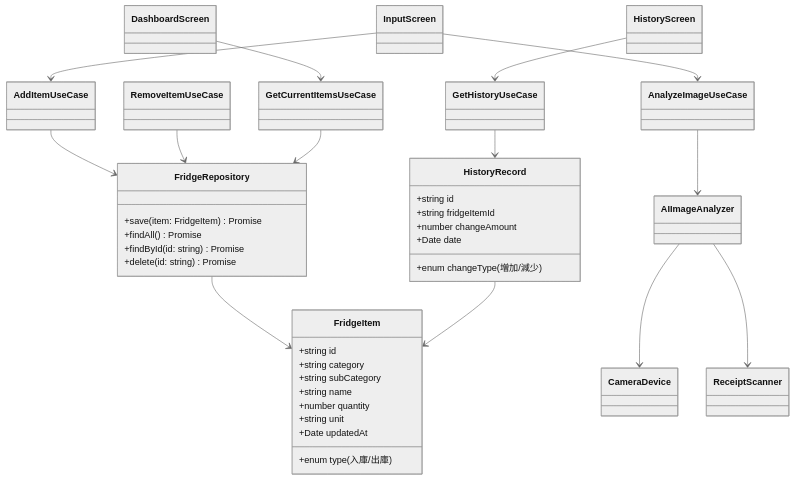
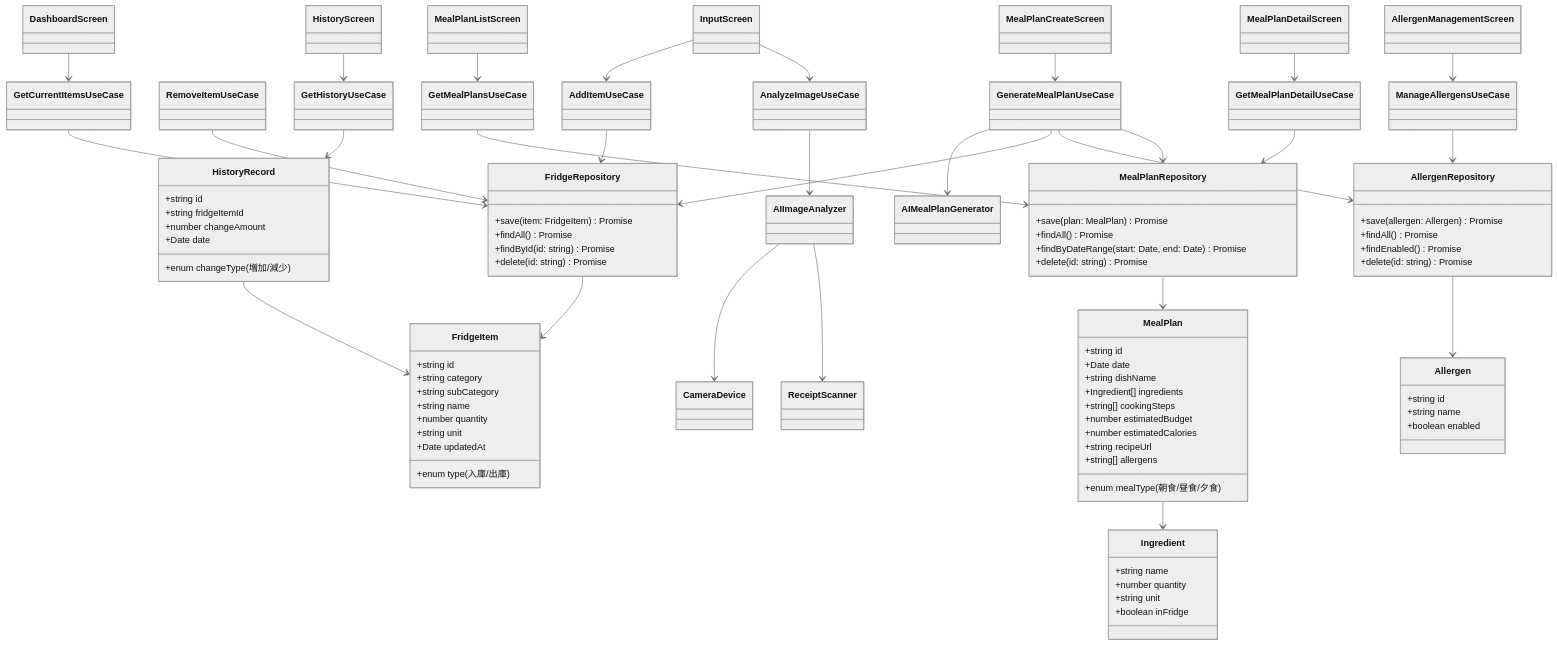
Before and after one commit to to-matsui0505/IntegratedMealPlanning: the first of 2 diagrams in CopilotInstructions/ApplicationBasicDesign.md, drawn with Mermaid (neutral theme). The commit also changed other lines of this file and 24 other files, not shown here.

Commit message:
Add meal planning features with AI integration, allergen management, and budget/calorie tracking

````diff
--- a/CopilotInstructions/ApplicationBasicDesign.md
+++ b/CopilotInstructions/ApplicationBasicDesign.md
@@ -77,10 +121,50 @@
       +Date date
     }
 
+    class MealPlan {
+      +string id
+      +Date date
+      +enum mealType (朝食/昼食/夕食)
+      +string dishName
+      +Ingredient[] ingredients
+      +string[] cookingSteps
+      +number estimatedBudget
+      +number estimatedCalories
+      +string recipeUrl
+      +string[] allergens
+    }
+
+    class Ingredient {
+      +string name
+      +number quantity
+      +string unit
+      +boolean inFridge
+    }
+
+    class Allergen {
+      +string id
+      +string name
+      +boolean enabled
+    }
+
     class FridgeRepository {
       +save(item: FridgeItem) Promise<void>
       +findAll() Promise<FridgeItem[]>
       +findById(id: string) Promise<FridgeItem | null>
+      +delete(id: string) Promise<void>
+    }
+
+    class MealPlanRepository {
+      +save(plan: MealPlan) Promise<void>
+      +findAll() Promise<MealPlan[]>
+      +findByDateRange(start: Date, end: Date) Promise<MealPlan[]>
+      +delete(id: string) Promise<void>
+    }
+
+    class AllergenRepository {
+      +save(allergen: Allergen) Promise<void>
+      +findAll() Promise<Allergen[]>
+      +findEnabled() Promise<Allergen[]>
       +delete(id: string) Promise<void>
     }
 
@@ -89,7 +173,12 @@
     class GetCurrentItemsUseCase
     class GetHistoryUseCase
     class AnalyzeImageUseCase
+    class GenerateMealPlanUseCase
+    class GetMealPlansUseCase
+    class GetMealPlanDetailUseCase
+    class ManageAllergensUseCase
 
+    class AIMealPlanGenerator
     class AIImageAnalyzer
     class CameraDevice
     class ReceiptScanner
@@ -97,18 +186,36 @@
     class DashboardScreen
     class InputScreen
     class HistoryScreen
+    class MealPlanCreateScreen
+    class MealPlanListScreen
+    class MealPlanDetailScreen
+    class AllergenManagementScreen
 
+    MealPlan --> Ingredient
     FridgeRepository --> FridgeItem
+    MealPlanRepository --> MealPlan
+    AllergenRepository --> Allergen
     HistoryRecord --> FridgeItem
     AddItemUseCase --> FridgeRepository
     RemoveItemUseCase --> FridgeRepository
     GetCurrentItemsUseCase --> FridgeRepository
     GetHistoryUseCase --> HistoryRecord
     AnalyzeImageUseCase --> AIImageAnalyzer
+    GenerateMealPlanUseCase --> AIMealPlanGenerator
+    GenerateMealPlanUseCase --> FridgeRepository
+    GenerateMealPlanUseCase --> AllergenRepository
+    GenerateMealPlanUseCase --> MealPlanRepository
+    GetMealPlansUseCase --> MealPlanRepository
+    GetMealPlanDetailUseCase --> MealPlanRepository
+    ManageAllergensUseCase --> AllergenRepository
     AIImageAnalyzer --> CameraDevice
     AIImageAnalyzer --> ReceiptScanner
     DashboardScreen --> GetCurrentItemsUseCase
     InputScreen --> AddItemUseCase
     InputScreen --> AnalyzeImageUseCase
     HistoryScreen --> GetHistoryUseCase
+    MealPlanCreateScreen --> GenerateMealPlanUseCase
+    MealPlanListScreen --> GetMealPlansUseCase
+    MealPlanDetailScreen --> GetMealPlanDetailUseCase
+    AllergenManagementScreen --> ManageAllergensUseCase
 ```
````
